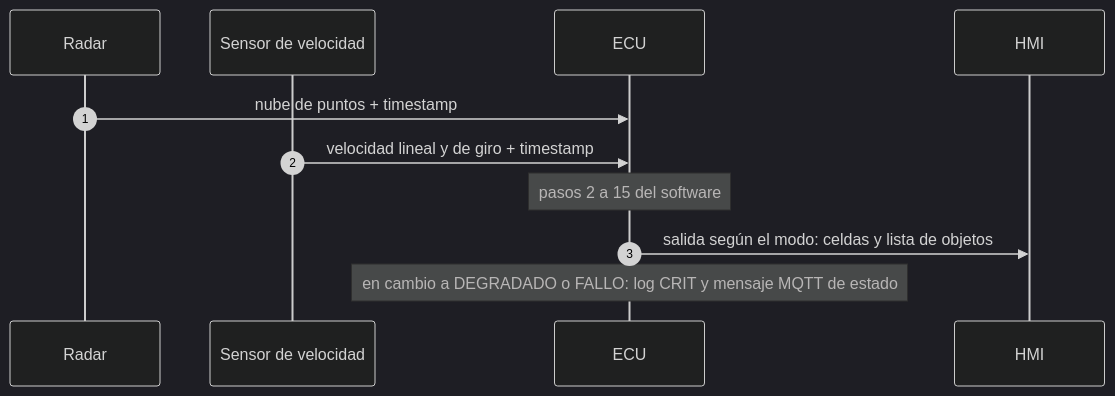
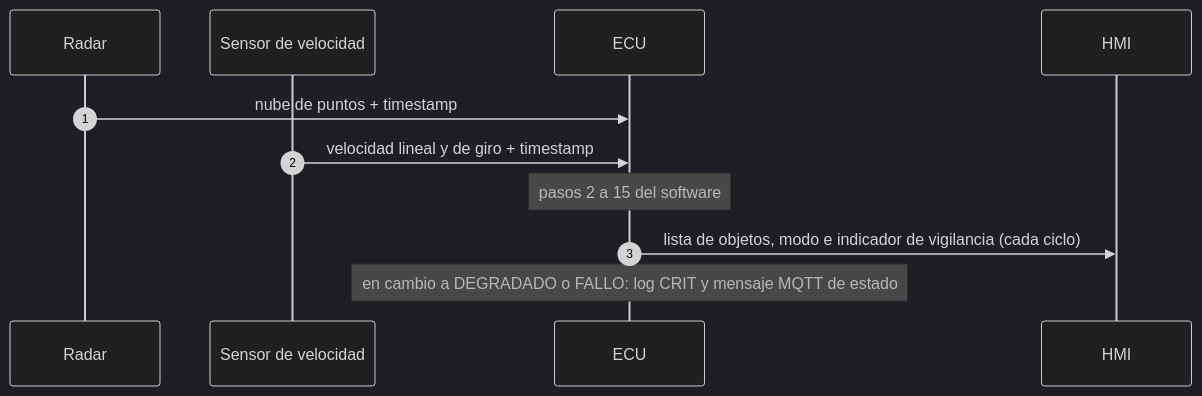
Before and after one commit to buzondealiciagarcia-cmyk/prueba-tecnica-saf: the diagram in docs/02-diseno/diagramas/secuencia-ciclo.mmd, drawn with Mermaid (dark theme). The commit also changed 9 other files, not shown here.

```diff
--- a/docs/02-diseno/diagramas/secuencia-ciclo.mmd
+++ b/docs/02-diseno/diagramas/secuencia-ciclo.mmd
@@ -1,11 +1,11 @@
 sequenceDiagram
   autonumber
   participant R as Radar
   participant V as Sensor de velocidad
   participant E as ECU
   participant H as HMI
   R->>E: nube de puntos + timestamp
   V->>E: velocidad lineal y de giro + timestamp
   Note over E: pasos 2 a 15 del software
-  E->>H: salida según el modo: celdas y lista de objetos
+  E->>H: lista de objetos, modo e indicador de vigilancia (cada ciclo)
   Note over E: en cambio a DEGRADADO o FALLO: log CRIT y mensaje MQTT de estado
```
